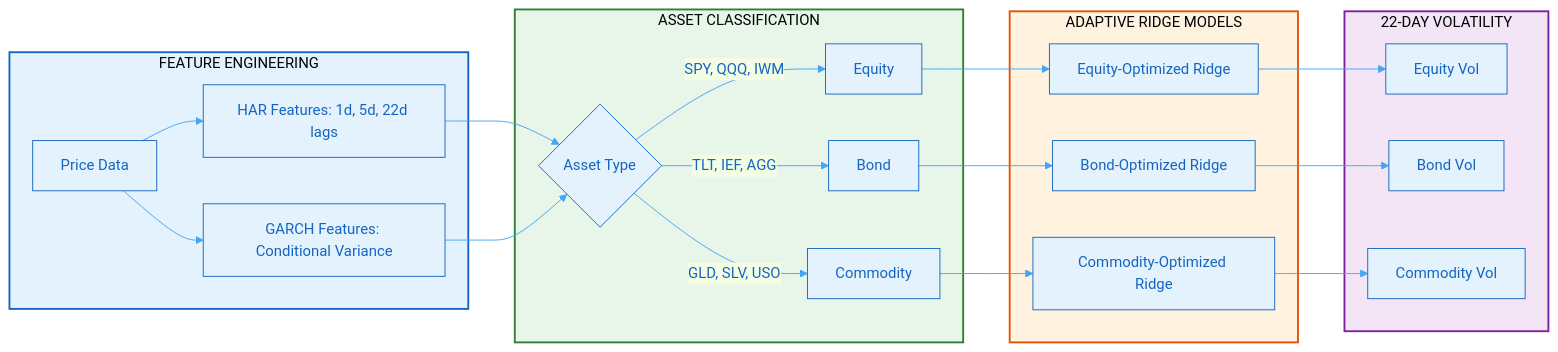
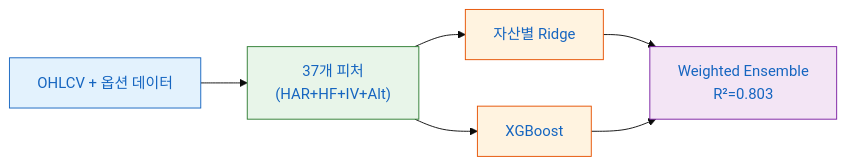
Before and after one commit to 15tkdgns/vrp-paper: the second of 2 diagrams in experiments/phase13_model_comparison.qmd, drawn with Mermaid. The commit also changed other lines of this file and 5 other files, not shown here.

````diff
--- a/experiments/phase13_model_comparison.qmd
+++ b/experiments/phase13_model_comparison.qmd
@@ -132,33 +130,14 @@
 ```{mermaid}
-%%| fig-width: 10
-%%{init: {'theme': 'base', 'themeVariables': { 'primaryColor': '#E3F2FD', 'primaryTextColor': '#1565C0', 'primaryBorderColor': '#1565C0', 'lineColor': '#42A5F5'}}}%%
+%%{init: {'theme': 'base', 'themeVariables': { 'primaryColor': '#E3F2FD', 'primaryTextColor': '#1565C0'}}}%%
 flowchart LR
-    subgraph FEATURES["FEATURE ENGINEERING"]
-        A["Price Data"] --> B["HAR Features: 1d, 5d, 22d lags"]
-        A --> C["GARCH Features: Conditional Variance"]
-    end
-    
-    subgraph CLASSIFICATION["ASSET CLASSIFICATION"]
-        B & C --> D{"Asset Type"}
-        D -->|SPY, QQQ, IWM| E["Equity"]
-        D -->|TLT, IEF, AGG| F["Bond"]
-        D -->|GLD, SLV, USO| G["Commodity"]
-    end
-    
-    subgraph MODELS["ADAPTIVE RIDGE MODELS"]
-        E --> H["Equity-Optimized Ridge"]
-        F --> I["Bond-Optimized Ridge"]
-        G --> J["Commodity-Optimized Ridge"]
-    end
-    
-    subgraph PREDICTIONS["22-DAY VOLATILITY"]
-        H --> K["Equity Vol"]
-        I --> L["Bond Vol"]
-        J --> M["Commodity Vol"]
-    end
+    A["OHLCV + 옵션 데이터"] --> B["37개 피처\n(HAR+HF+IV+Alt)"]
+    B --> C["자산별 Ridge"]
+    B --> D["XGBoost"]
+    C & D --> E["Weighted Ensemble\nR²=0.803"]
 
-    style FEATURES fill:#E3F2FD,stroke:#1565C0,stroke-width:2px
-    style CLASSIFICATION fill:#E8F5E9,stroke:#2E7D32,stroke-width:2px
-    style MODELS fill:#FFF3E0,stroke:#E65100,stroke-width:2px
-    style PREDICTIONS fill:#F3E5F5,stroke:#7B1FA2,stroke-width:2px
+    style A fill:#E3F2FD,stroke:#1565C0
+    style B fill:#E8F5E9,stroke:#2E7D32
+    style C fill:#FFF3E0,stroke:#E65100
+    style D fill:#FFF3E0,stroke:#E65100
+    style E fill:#F3E5F5,stroke:#7B1FA2
 ```
````
